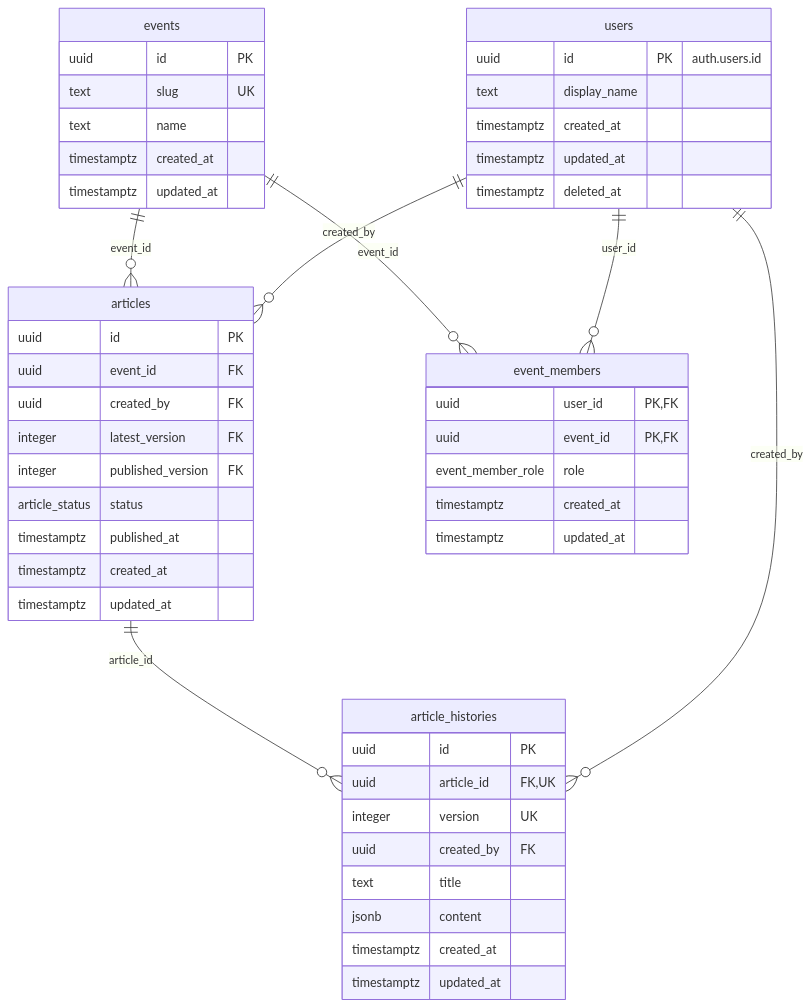
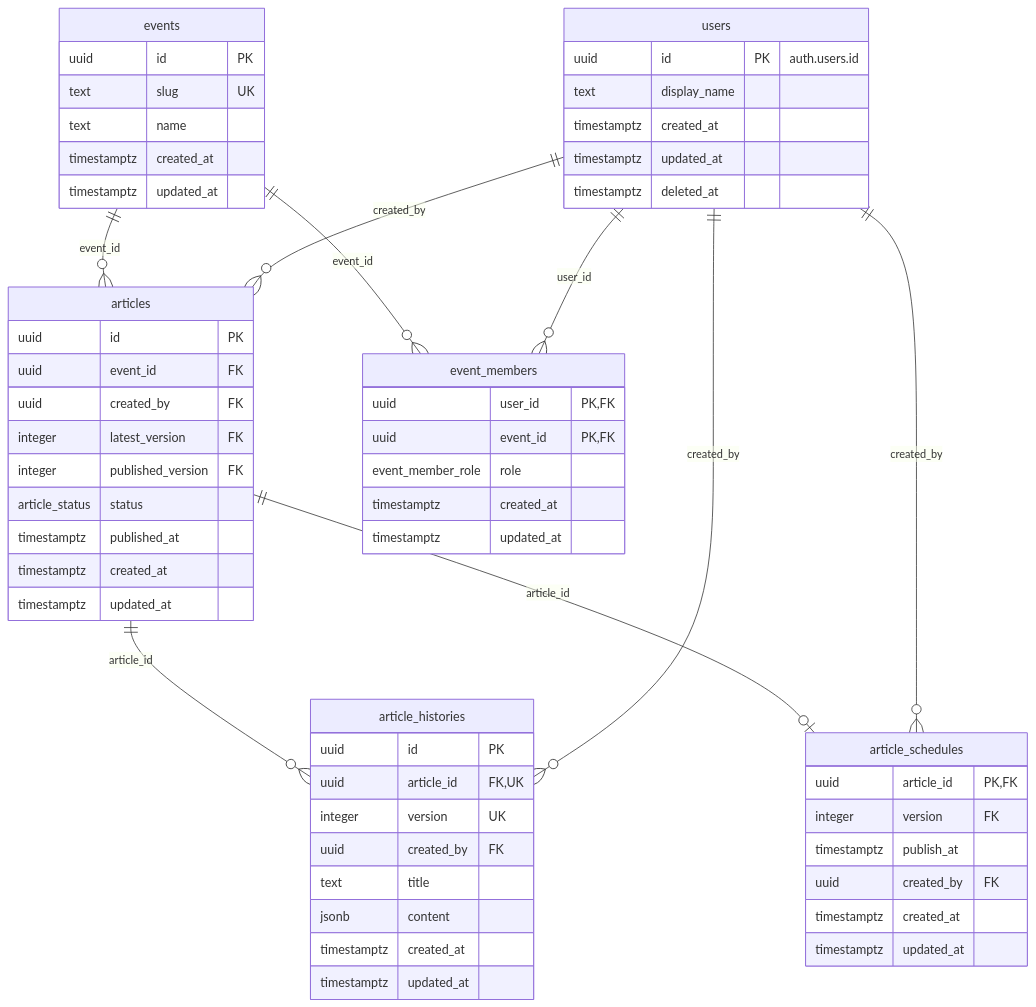
The diagram in docs/db.md (Studio-Takumi/fesp-suite), drawn with Mermaid before and after one commit. The commit also changed other lines of this file and 2 other files, not shown here.

````diff
--- a/docs/db.md
+++ b/docs/db.md
@@ -3,56 +3,67 @@
 ```mermaid
 erDiagram
     events ||--o{ articles : "event_id"
     events ||--o{ event_members : "event_id"
     users ||--o{ event_members : "user_id"
     users ||--o{ articles : "created_by"
     articles ||--o{ article_histories : "article_id"
     users ||--o{ article_histories : "created_by"
+    articles ||--o| article_schedules : "article_id"
+    users ||--o{ article_schedules : "created_by"
 
     events {
         uuid id PK
         text slug UK
         text name
         timestamptz created_at
         timestamptz updated_at
     }
 
     articles {
         uuid id PK
         uuid event_id FK
         uuid created_by FK
         integer latest_version FK
         integer published_version FK
         article_status status
         timestamptz published_at
         timestamptz created_at
         timestamptz updated_at
     }
 
     article_histories {
         uuid id PK
         uuid article_id FK,UK
         integer version UK
         uuid created_by FK
         text title
         jsonb content
         timestamptz created_at
         timestamptz updated_at
     }
 
+    article_schedules {
+        uuid article_id PK,FK
+        integer version FK
+        timestamptz publish_at
+        uuid created_by FK
+        timestamptz created_at
+        timestamptz updated_at
+    }
+
     users {
         uuid id PK "auth.users.id"
         text display_name
         timestamptz created_at
         timestamptz updated_at
         timestamptz deleted_at
     }
 
     event_members {
         uuid user_id PK,FK
         uuid event_id PK,FK
         event_member_role role
         timestamptz created_at
         timestamptz updated_at
     }
 ```
````
